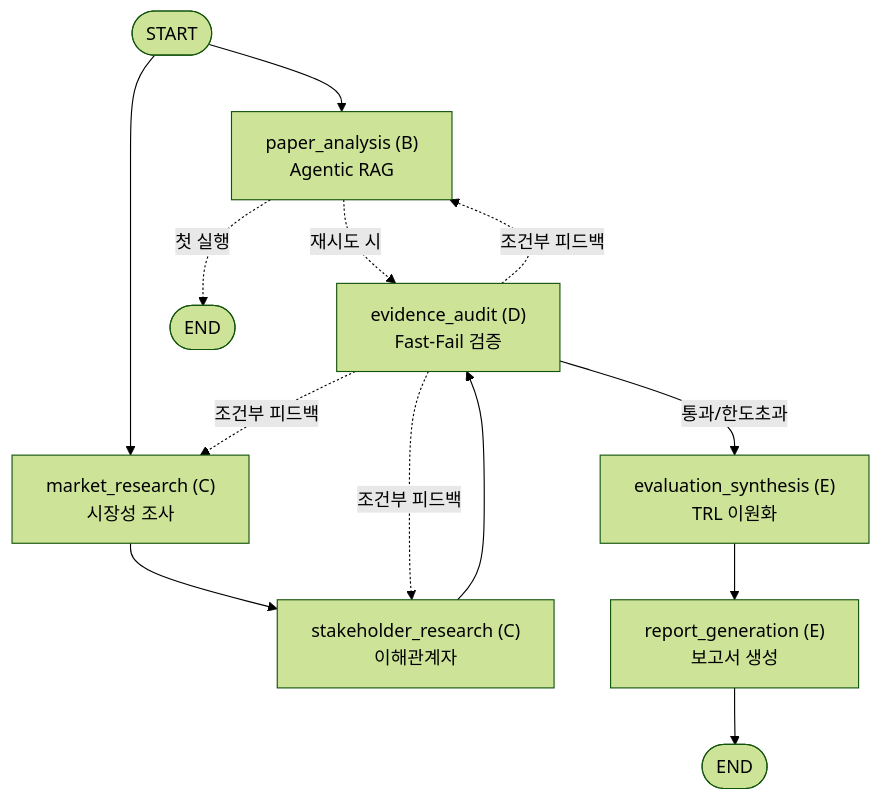
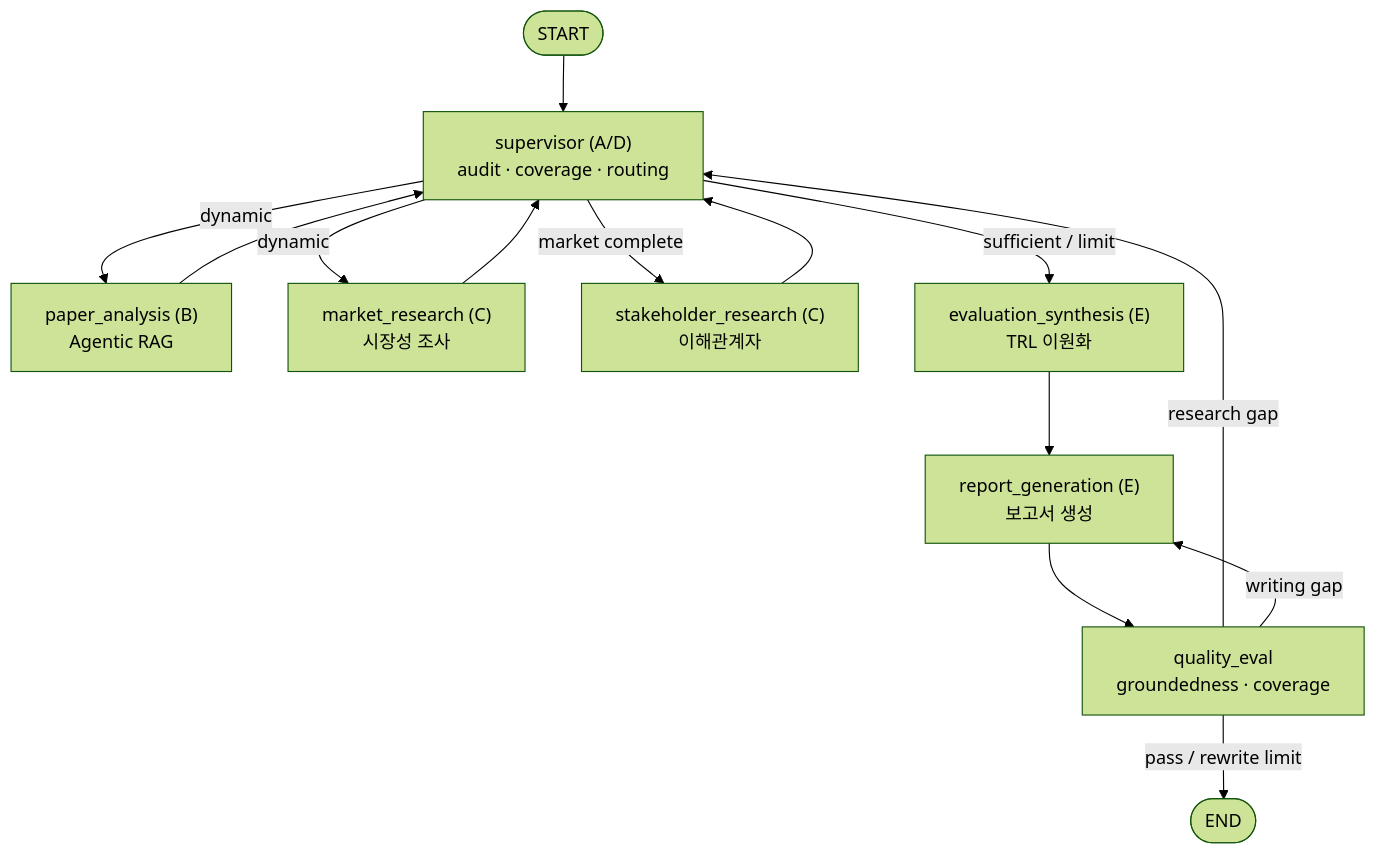
The diagram in README.md (DevDAN09/skala-langgraph-team3), drawn with Mermaid (forest theme) before and after one commit. The commit also changed other lines of this file and 8 other files, not shown here.

Commit message:
feat: add supervisor-directed research flow

````diff
--- a/README.md
+++ b/README.md
@@ -70,15 +70,16 @@
 ```mermaid
 flowchart TD
-    START([START]) --> paper_analysis["paper_analysis (B)<br/>Agentic RAG"]
-    START --> market_research["market_research (C)<br/>시장성 조사"]
-    market_research --> stakeholder_research["stakeholder_research (C)<br/>이해관계자"]
-    stakeholder_research --> evidence_audit["evidence_audit (D)<br/>Fast-Fail 검증"]
-    paper_analysis -.->|재시도 시| evidence_audit
-    paper_analysis -.->|첫 실행| END_BRANCH([END])
-    evidence_audit -.->|조건부 피드백| market_research
-    evidence_audit -.->|조건부 피드백| stakeholder_research
-    evidence_audit -.->|조건부 피드백| paper_analysis
-    evidence_audit -->|통과/한도초과| evaluation_synthesis["evaluation_synthesis (E)<br/>TRL 이원화"]
+    START([START]) --> supervisor["supervisor (A/D)<br/>audit · coverage · routing"]
+    supervisor -->|dynamic| paper_analysis["paper_analysis (B)<br/>Agentic RAG"]
+    supervisor -->|dynamic| market_research["market_research (C)<br/>시장성 조사"]
+    supervisor -->|market complete| stakeholder_research["stakeholder_research (C)<br/>이해관계자"]
+    paper_analysis --> supervisor
+    market_research --> supervisor
+    stakeholder_research --> supervisor
+    supervisor -->|sufficient / limit| evaluation_synthesis["evaluation_synthesis (E)<br/>TRL 이원화"]
     evaluation_synthesis --> report_generation["report_generation (E)<br/>보고서 생성"]
-    report_generation --> END([END])
+    report_generation --> quality_eval["quality_eval<br/>groundedness · coverage"]
+    quality_eval -->|research gap| supervisor
+    quality_eval -->|writing gap| report_generation
+    quality_eval -->|pass / rewrite limit| END([END])
 ```
````
